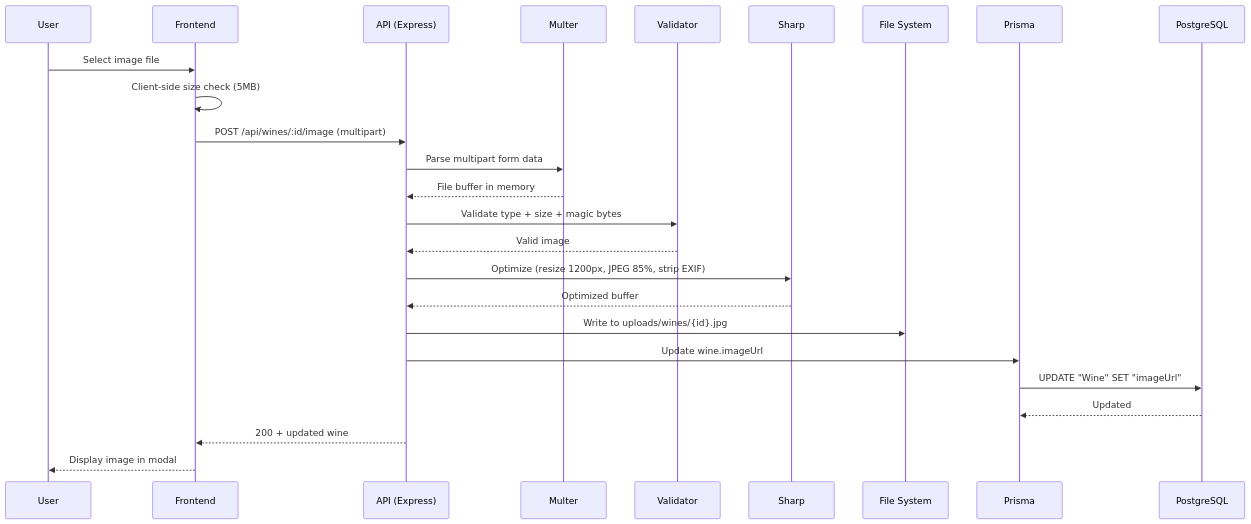
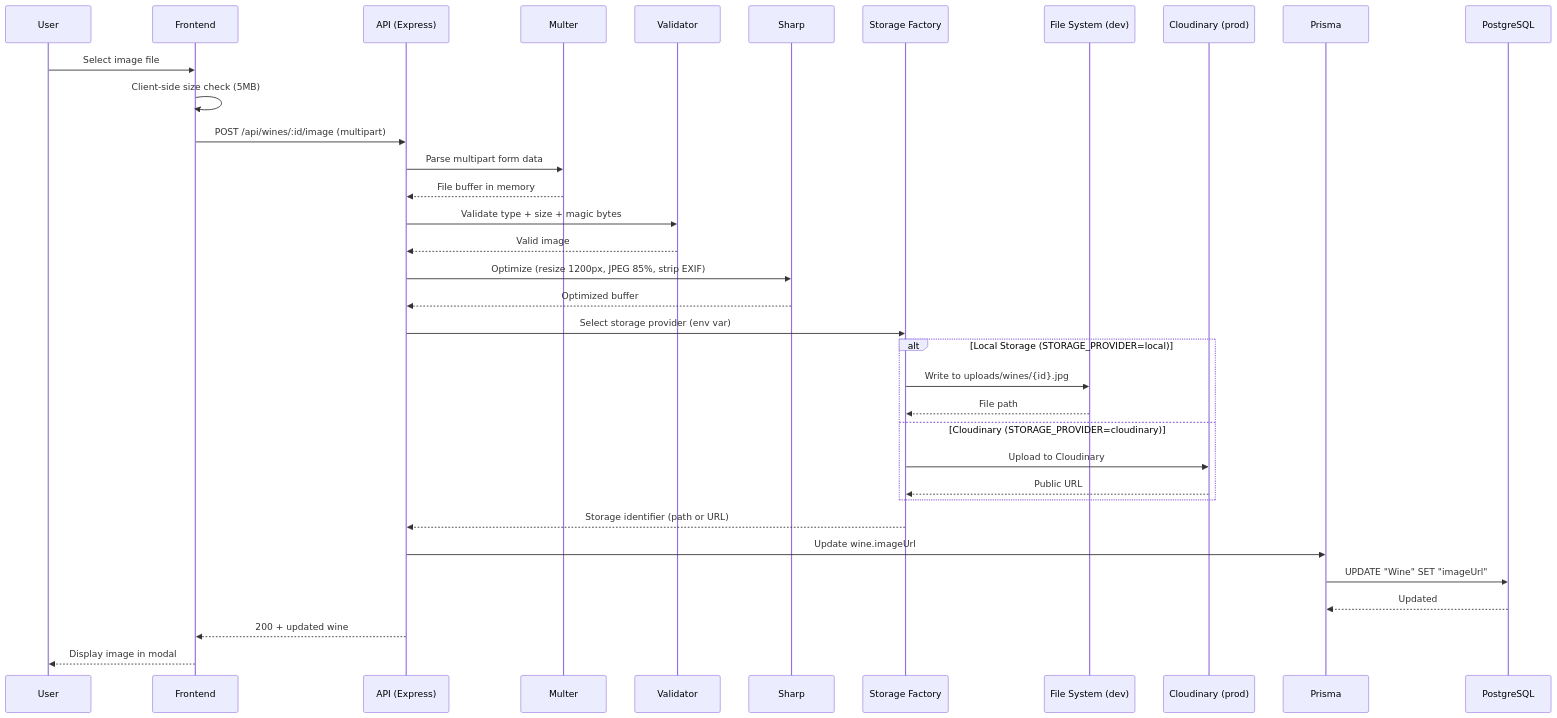
One commit to blburson1204/wine-cellar changed the third of 8 diagrams in documents/architecture-diagram.md. Above: the diagram before and after it, drawn with Mermaid. The commit also changed other lines of this file and 5 other files, not shown here.

````diff
--- a/documents/architecture-diagram.md
+++ b/documents/architecture-diagram.md
@@ -138,28 +144,38 @@
 ```mermaid
 sequenceDiagram
     participant U as User
     participant F as Frontend
     participant A as API (Express)
     participant M as Multer
     participant V as Validator
     participant S as Sharp
-    participant FS as File System
+    participant ST as Storage Factory
+    participant FS as File System (dev)
+    participant CL as Cloudinary (prod)
     participant P as Prisma
     participant D as PostgreSQL
 
     U->>F: Select image file
     F->>F: Client-side size check (5MB)
     F->>A: POST /api/wines/:id/image (multipart)
     A->>M: Parse multipart form data
     M-->>A: File buffer in memory
     A->>V: Validate type + size + magic bytes
     V-->>A: Valid image
     A->>S: Optimize (resize 1200px, JPEG 85%, strip EXIF)
     S-->>A: Optimized buffer
-    A->>FS: Write to uploads/wines/{id}.jpg
+    A->>ST: Select storage provider (env var)
+    alt Local Storage (STORAGE_PROVIDER=local)
+        ST->>FS: Write to uploads/wines/{id}.jpg
+        FS-->>ST: File path
+    else Cloudinary (STORAGE_PROVIDER=cloudinary)
+        ST->>CL: Upload to Cloudinary
+        CL-->>ST: Public URL
+    end
+    ST-->>A: Storage identifier (path or URL)
     A->>P: Update wine.imageUrl
     P->>D: UPDATE "Wine" SET "imageUrl"
     D-->>P: Updated
     A-->>F: 200 + updated wine
     F-->>U: Display image in modal
 ```
````
